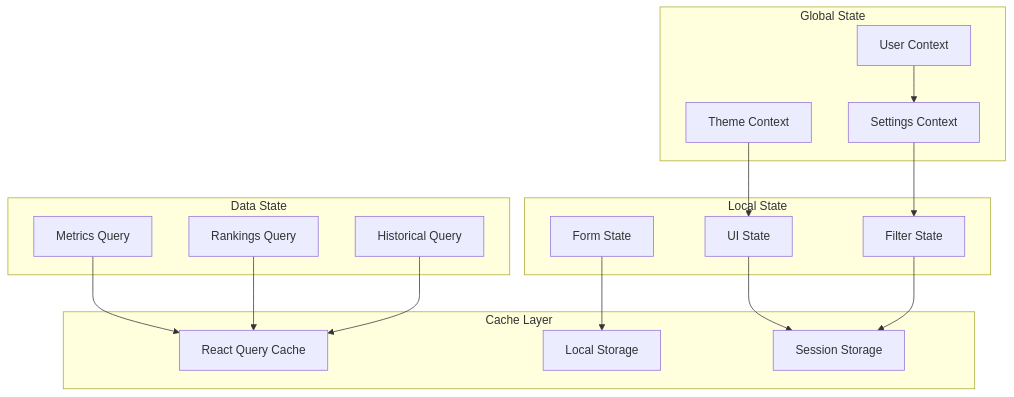
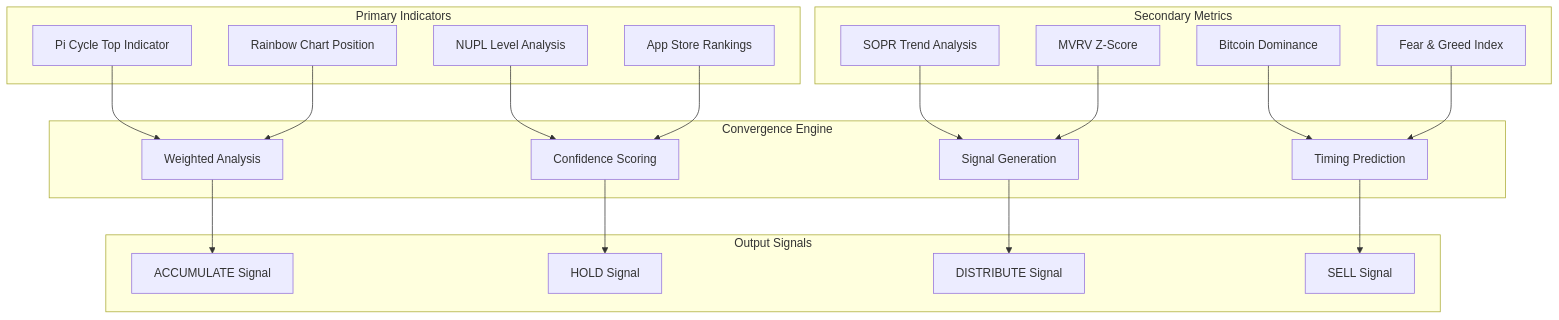
The eighth of 14 diagrams in ARCHITECTURE.md (oxnr/picotop), drawn with Mermaid before and after one commit. The commit also changed other lines of this file and 12 other files, not shown here.

````diff
--- a/ARCHITECTURE.md
+++ b/ARCHITECTURE.md
@@ -267,38 +289,45 @@
 ```mermaid
 graph TB
-    subgraph "Global State"
-        Theme[Theme Context]
-        User[User Context]
-        Settings[Settings Context]
+    subgraph "Primary Indicators"
+        PiCycleIndicator[Pi Cycle Top Indicator]
+        RainbowPosition[Rainbow Chart Position]
+        NUPLLevel[NUPL Level Analysis]
+        AppRankings[App Store Rankings]
     end
     
-    subgraph "Data State"
-        Metrics[Metrics Query]
-        Rankings[Rankings Query]
-        Historical[Historical Query]
+    subgraph "Secondary Metrics"
+        SOPRTrend[SOPR Trend Analysis]
+        MVRVScore[MVRV Z-Score]
+        DominanceTrend[Bitcoin Dominance]
+        FearGreedIndex[Fear & Greed Index]
     end
     
-    subgraph "Local State"
-        Forms[Form State]
-        UI_State[UI State]
-        Filters[Filter State]
+    subgraph "Convergence Engine"
+        WeightedAnalysis[Weighted Analysis]
+        ConfidenceScore[Confidence Scoring]
+        SignalGeneration[Signal Generation]
+        TimingPrediction[Timing Prediction]
     end
     
-    subgraph "Cache Layer"
-        QueryCache[React Query Cache]
-        LocalStorage[Local Storage]
-        SessionStorage[Session Storage]
+    subgraph "Output Signals"
+        ACCUMULATE[ACCUMULATE Signal]
+        HOLD[HOLD Signal]
+        DISTRIBUTE[DISTRIBUTE Signal]
+        SELL[SELL Signal]
     end
     
-    Theme --> UI_State
-    User --> Settings
-    Settings --> Filters
+    PiCycleIndicator --> WeightedAnalysis
+    RainbowPosition --> WeightedAnalysis
+    NUPLLevel --> ConfidenceScore
+    AppRankings --> ConfidenceScore
     
-    Metrics --> QueryCache
-    Rankings --> QueryCache
-    Historical --> QueryCache
+    SOPRTrend --> SignalGeneration
+    MVRVScore --> SignalGeneration
+    DominanceTrend --> TimingPrediction
+    FearGreedIndex --> TimingPrediction
     
-    Forms --> LocalStorage
-    UI_State --> SessionStorage
-    Filters --> SessionStorage
+    WeightedAnalysis --> ACCUMULATE
+    ConfidenceScore --> HOLD
+    SignalGeneration --> DISTRIBUTE
+    TimingPrediction --> SELL
 ```
````
